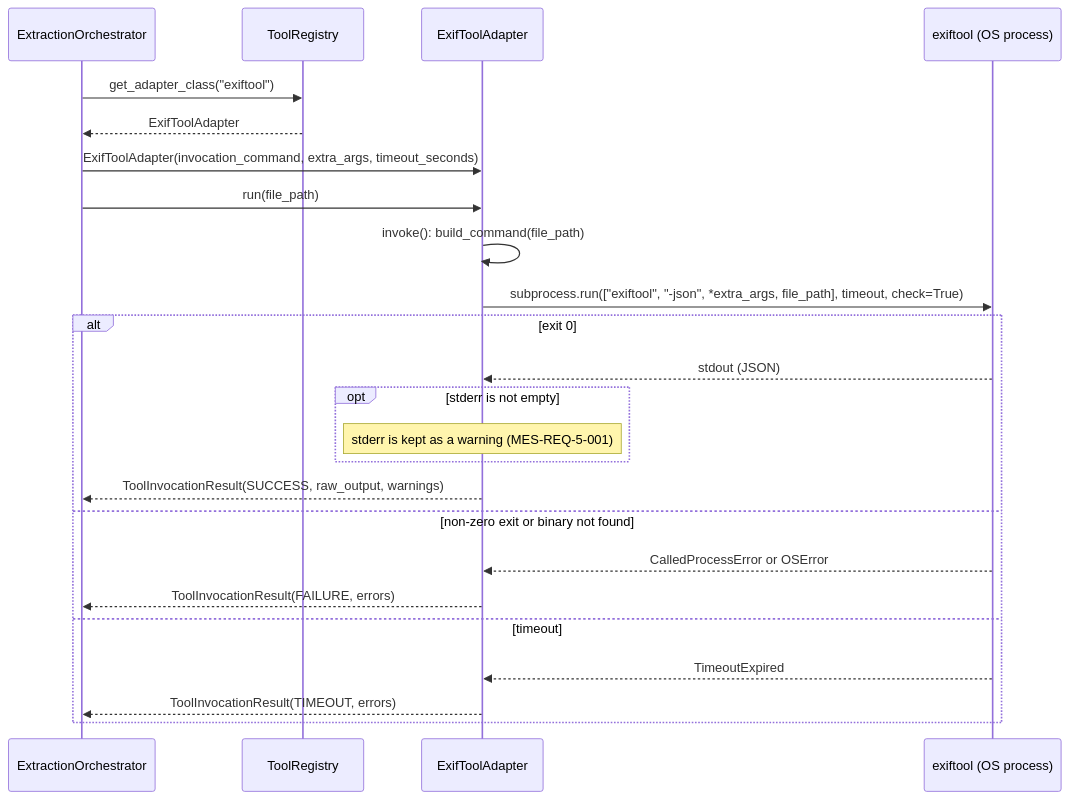
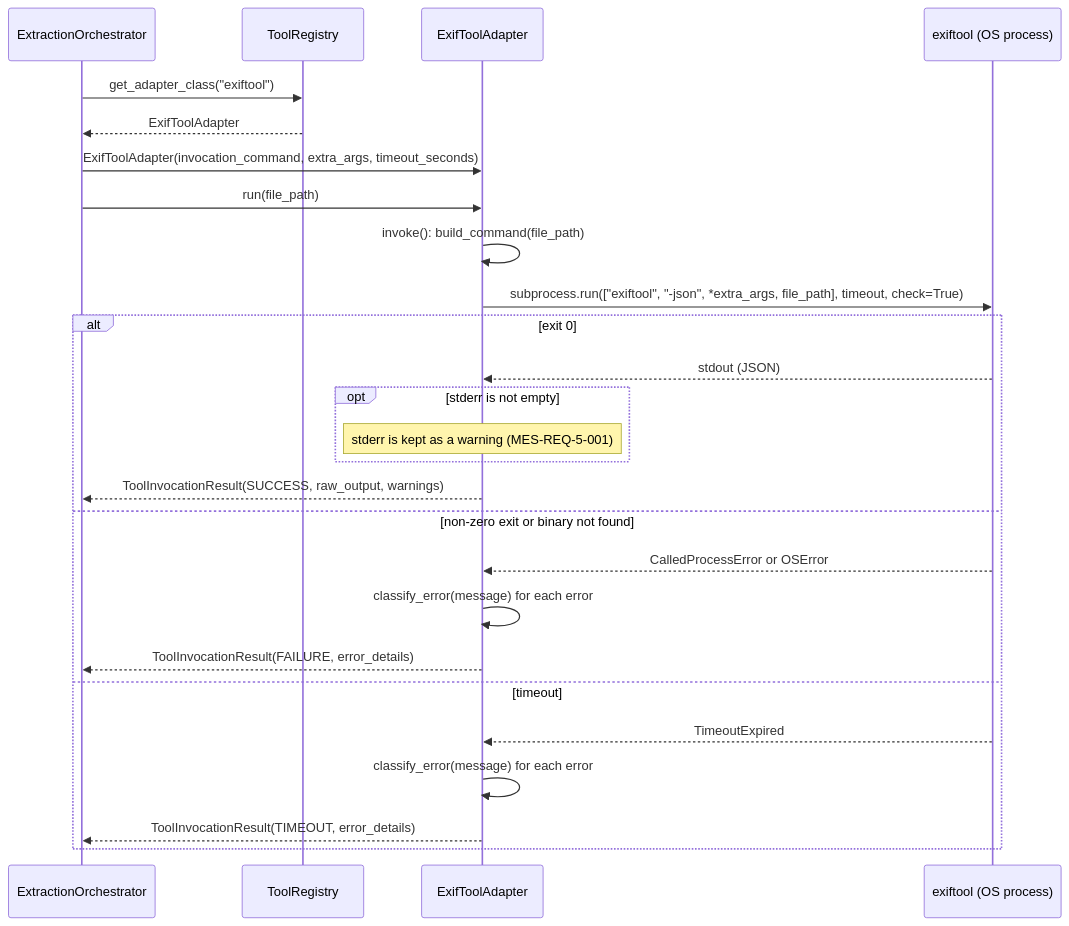
The second of 4 diagrams in docs/diagrams.md (EOSC-EDEN/metadata-extraction-service), drawn with Mermaid before and after one commit. The commit also changed other lines of this file and 28 other files, not shown here.

````diff
--- a/docs/diagrams.md
+++ b/docs/diagrams.md
@@ -103,27 +106,29 @@
 ```mermaid
 sequenceDiagram
     participant Orch as ExtractionOrchestrator
     participant Reg as ToolRegistry
     participant Adapter as ExifToolAdapter
     participant CLI as exiftool (OS process)
 
     Orch->>Reg: get_adapter_class("exiftool")
     Reg-->>Orch: ExifToolAdapter
     Orch->>Adapter: ExifToolAdapter(invocation_command, extra_args, timeout_seconds)
     Orch->>Adapter: run(file_path)
     Adapter->>Adapter: invoke(): build_command(file_path)
     Adapter->>CLI: subprocess.run(["exiftool", "-json", *extra_args, file_path], timeout, check=True)
     alt exit 0
         CLI-->>Adapter: stdout (JSON)
         opt stderr is not empty
             note over Adapter: stderr is kept as a warning (MES-REQ-5-001)
         end
         Adapter-->>Orch: ToolInvocationResult(SUCCESS, raw_output, warnings)
     else non-zero exit or binary not found
         CLI-->>Adapter: CalledProcessError or OSError
-        Adapter-->>Orch: ToolInvocationResult(FAILURE, errors)
+        Adapter->>Adapter: classify_error(message) for each error
+        Adapter-->>Orch: ToolInvocationResult(FAILURE, error_details)
     else timeout
         CLI-->>Adapter: TimeoutExpired
-        Adapter-->>Orch: ToolInvocationResult(TIMEOUT, errors)
+        Adapter->>Adapter: classify_error(message) for each error
+        Adapter-->>Orch: ToolInvocationResult(TIMEOUT, error_details)
     end
 ```
````
